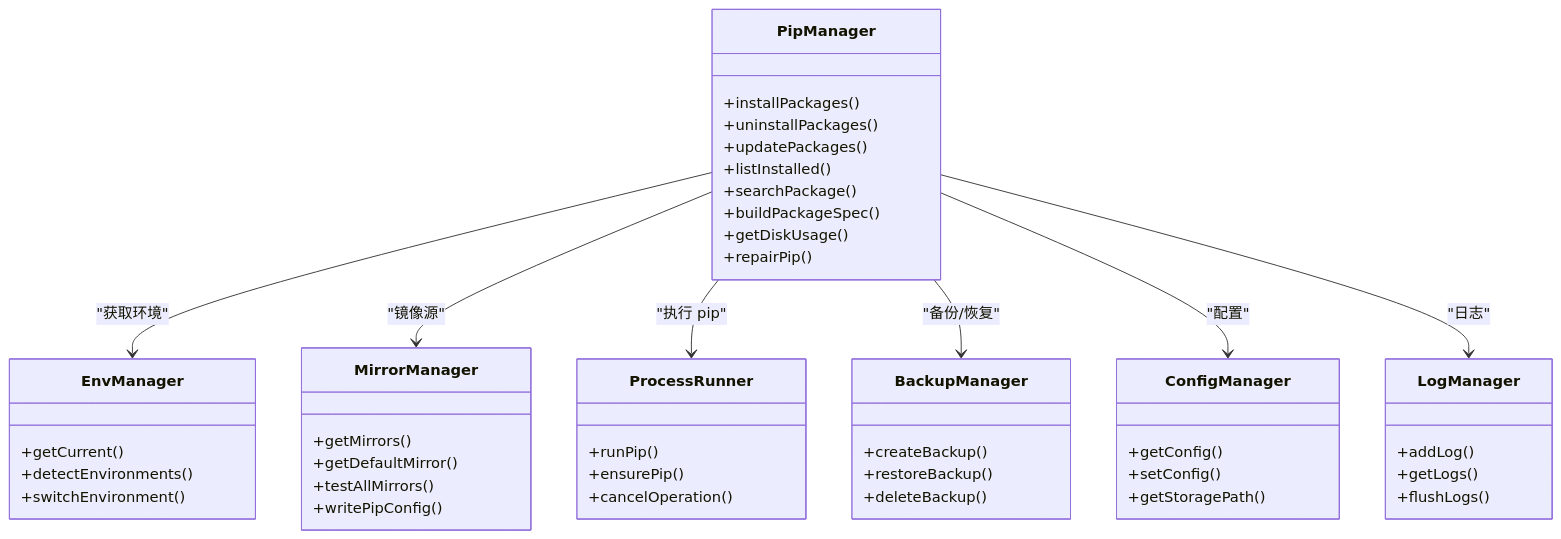
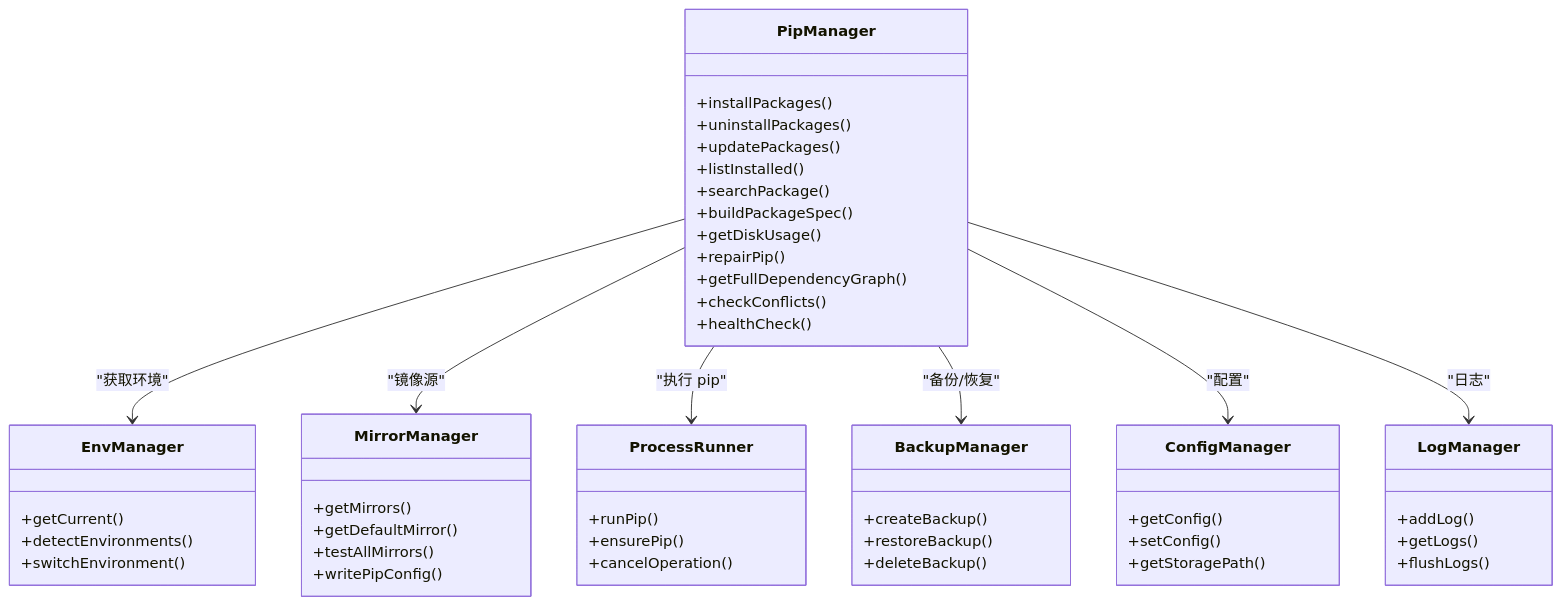
The fourth of 4 diagrams in docs/zh/content/核心模块/包管理器 (pipManager)/包管理器 (pipManager).md (SoftheartedYYC/PyLibMaster), drawn with Mermaid before and after one commit. The commit also changed other lines of this file and 72 other files, not shown here.

````diff
--- a/docs/zh/content/核心模块/包管理器 (pipManager)/包管理器 (pipManager).md
+++ b/docs/zh/content/核心模块/包管理器 (pipManager)/包管理器 (pipManager).md
@@ -309,50 +350,53 @@
 ```mermaid
 classDiagram
 class PipManager {
 +installPackages()
 +uninstallPackages()
 +updatePackages()
 +listInstalled()
 +searchPackage()
 +buildPackageSpec()
 +getDiskUsage()
 +repairPip()
++getFullDependencyGraph()
++checkConflicts()
++healthCheck()
 }
 class EnvManager {
 +getCurrent()
 +detectEnvironments()
 +switchEnvironment()
 }
 class MirrorManager {
 +getMirrors()
 +getDefaultMirror()
 +testAllMirrors()
 +writePipConfig()
 }
 class ProcessRunner {
 +runPip()
 +ensurePip()
 +cancelOperation()
 }
 class BackupManager {
 +createBackup()
 +restoreBackup()
 +deleteBackup()
 }
 class ConfigManager {
 +getConfig()
 +setConfig()
 +getStoragePath()
 }
 class LogManager {
 +addLog()
 +getLogs()
 +flushLogs()
 }
 PipManager --> EnvManager : "获取环境"
 PipManager --> MirrorManager : "镜像源"
 PipManager --> ProcessRunner : "执行 pip"
 PipManager --> BackupManager : "备份/恢复"
 PipManager --> ConfigManager : "配置"
 PipManager --> LogManager : "日志"
 ```
````
